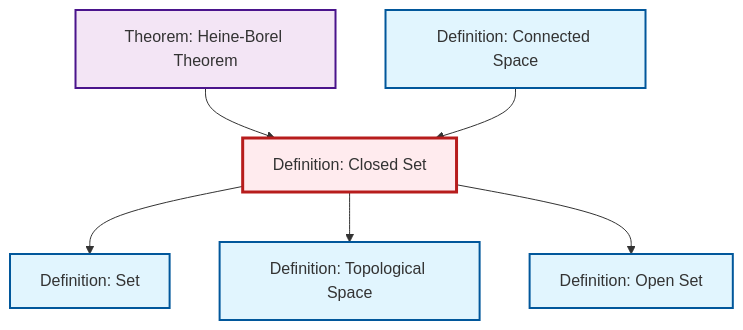
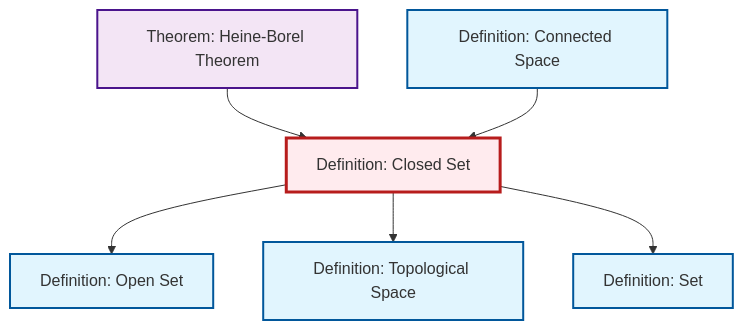
One commit to RK0429/ModernMath changed the diagram in content/ja/topology/def-closed-set.qmd. Above: the diagram before and after it, drawn with Mermaid. The commit also changed other lines of this file and 434 other files, not shown here.

````diff
--- a/content/ja/topology/def-closed-set.qmd
+++ b/content/ja/topology/def-closed-set.qmd
@@ -45,26 +45,26 @@
 ```{mermaid}
 %%| fig-cap: "Local dependency graph"
 graph TD
     classDef definition fill:#e1f5fe,stroke:#01579b,stroke-width:2px
     classDef theorem fill:#f3e5f5,stroke:#4a148c,stroke-width:2px
     classDef axiom fill:#fff3e0,stroke:#e65100,stroke-width:2px
     classDef example fill:#e8f5e9,stroke:#1b5e20,stroke-width:2px
     classDef current fill:#ffebee,stroke:#b71c1c,stroke-width:3px
+    def-set["Definition: Set"]:::definition
     def-topological-space["Definition: Topological Space"]:::definition
+    def-closed-set["Definition: Closed Set"]:::definition
+    thm-heine-borel["Theorem: Heine-Borel Theorem"]:::theorem
+    def-connected["Definition: Connected Space"]:::definition
     def-open-set["Definition: Open Set"]:::definition
-    def-connected["Definition: Connected Space"]:::definition
-    def-closed-set["Definition: Closed Set"]:::definition
-    def-set["Definition: Set"]:::definition
-    thm-heine-borel["Theorem: Heine-Borel Theorem"]:::theorem
-    def-closed-set --> def-set
+    def-closed-set --> def-open-set
     thm-heine-borel --> def-closed-set
     def-closed-set --> def-topological-space
     def-connected --> def-closed-set
-    def-closed-set --> def-open-set
+    def-closed-set --> def-set
     class def-closed-set current
+    click def-set "def-set.html" "Definition: Setへ"
     click def-topological-space "def-topological-space.html" "Definition: Topological Spaceへ"
+    click thm-heine-borel "thm-heine-borel.html" "Theorem: Heine-Borel Theoremへ"
+    click def-connected "def-connected.html" "Definition: Connected Spaceへ"
     click def-open-set "def-open-set.html" "Definition: Open Setへ"
-    click def-connected "def-connected.html" "Definition: Connected Spaceへ"
-    click def-set "def-set.html" "Definition: Setへ"
-    click thm-heine-borel "thm-heine-borel.html" "Theorem: Heine-Borel Theoremへ"
 ```
````
